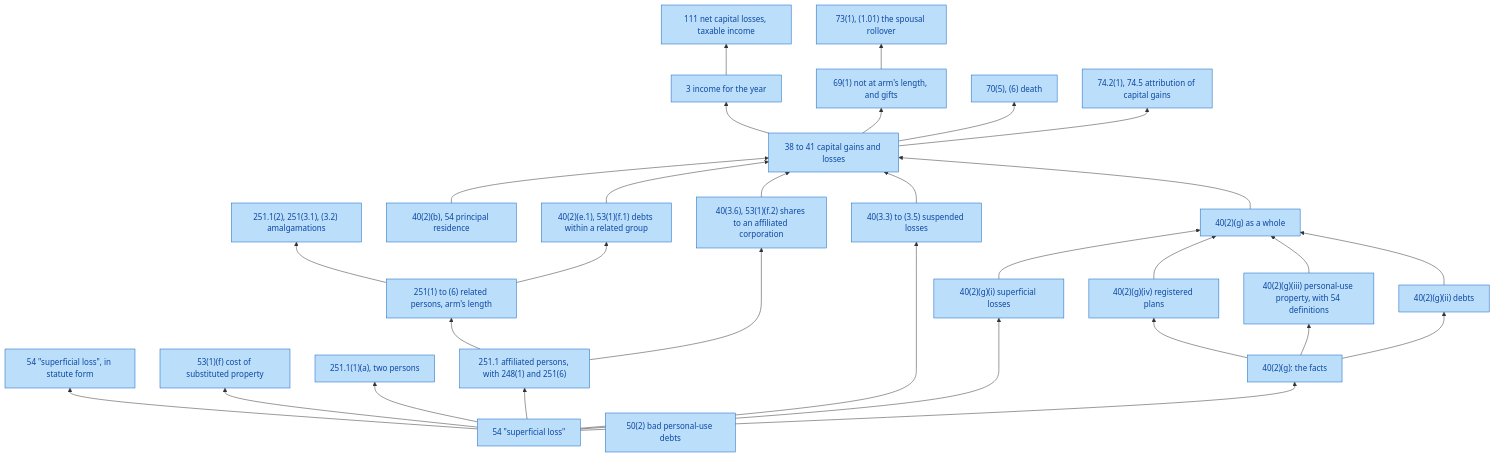
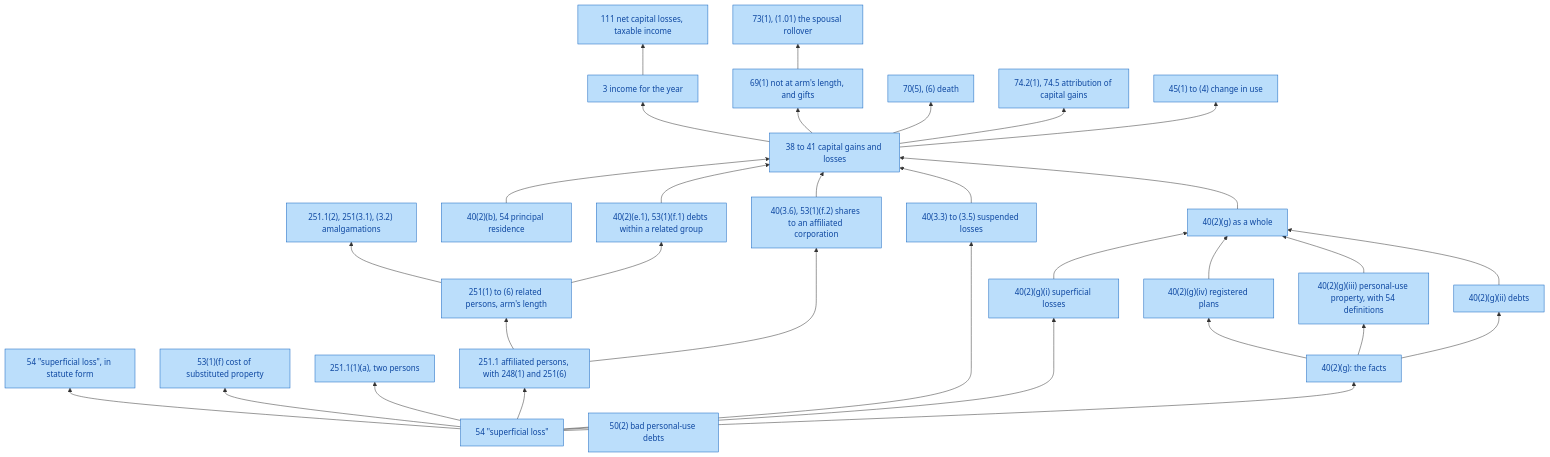
Before and after one commit to SeanWMurray/Canteen: the diagram in docs/graphs/provisions.md, drawn with Mermaid. The commit also changed 18 other files, not shown here.

````diff
--- a/docs/graphs/provisions.md
+++ b/docs/graphs/provisions.md
@@ -7,58 +7,60 @@
 ```mermaid
 flowchart BT
   v0["54 #quot;superficial loss#quot;"]:::prov
   v1["40(2)(g)(i) superficial losses"]:::prov
   v2["54 #quot;superficial loss#quot;, in statute form"]:::prov
   v3["53(1)(f) cost of substituted property"]:::prov
   v4["251.1(1)(a), two persons"]:::prov
   v5["251.1 affiliated persons, with 248(1) and 251(6)"]:::prov
   v6["251(1) to (6) related persons, arm's length"]:::prov
   v7["251.1(2), 251(3.1), (3.2) amalgamations"]:::prov
   v8["40(2)(g): the facts"]:::prov
   v9["40(2)(g)(ii) debts"]:::prov
   v10["40(2)(g)(iii) personal-use property, with 54 definitions"]:::prov
   v11["40(2)(g)(iv) registered plans"]:::prov
   v12["40(2)(g) as a whole"]:::prov
   v13["40(3.3) to (3.5) suspended losses"]:::prov
   v14["40(3.6), 53(1)(f.2) shares to an affiliated corporation"]:::prov
   v15["40(2)(e.1), 53(1)(f.1) debts within a related group"]:::prov
   v16["40(2)(b), 54 principal residence"]:::prov
   v17["38 to 41 capital gains and losses"]:::prov
   v18["3 income for the year"]:::prov
   v19["111 net capital losses, taxable income"]:::prov
   v20["69(1) not at arm's length, and gifts"]:::prov
   v21["73(1), (1.01) the spousal rollover"]:::prov
   v22["70(5), (6) death"]:::prov
   v23["74.2(1), 74.5 attribution of capital gains"]:::prov
-  v24["50(2) bad personal-use debts"]:::prov
+  v24["45(1) to (4) change in use"]:::prov
+  v25["50(2) bad personal-use debts"]:::prov
   v0 --> v1
   v0 --> v2
   v0 --> v3
   v0 --> v4
   v0 --> v5
   v5 --> v6
   v6 --> v7
   v0 --> v8
   v8 --> v9
   v8 --> v10
   v8 --> v11
   v9 --> v12
   v10 --> v12
   v11 --> v12
   v1 --> v12
   v0 --> v13
   v5 --> v14
   v6 --> v15
   v12 --> v17
   v13 --> v17
   v14 --> v17
   v15 --> v17
   v16 --> v17
   v17 --> v18
   v18 --> v19
   v17 --> v20
   v20 --> v21
   v17 --> v22
   v17 --> v23
+  v17 --> v24
   classDef prov fill:#bbdefb,stroke:#1565c0,color:#0d47a1
 ```
````
